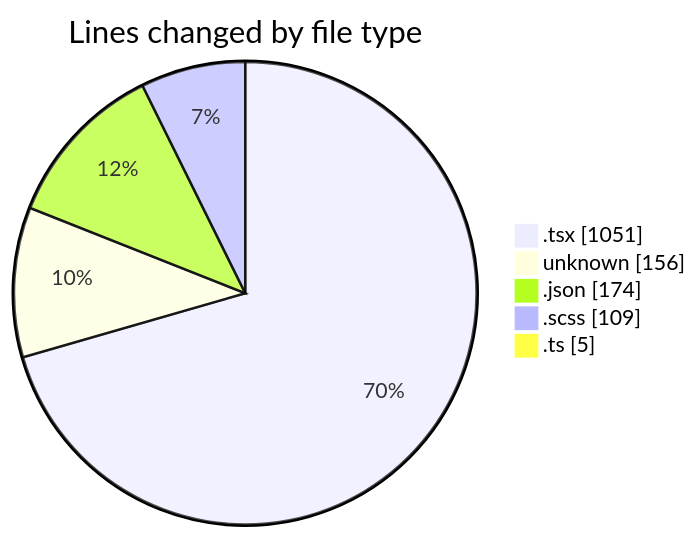
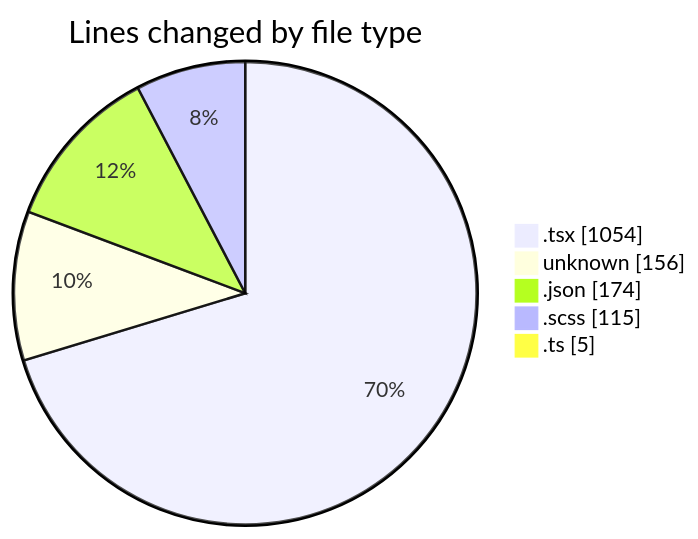
The first of 2 diagrams in 2026-09-28/cda/README.md (momahboobian/code-tracking), drawn with Mermaid before and after one commit. The commit also changed other lines of this file and 1 other file, not shown here.

````diff
--- a/2026-09-28/cda/README.md
+++ b/2026-09-28/cda/README.md
@@ -29,9 +29,9 @@
 ```mermaid
 pie showData
 title Lines changed by file type
-".tsx" : 1051
+".tsx" : 1054
 "unknown" : 156
 ".json" : 174
-".scss" : 109
+".scss" : 115
 ".ts" : 5
 ```
````
